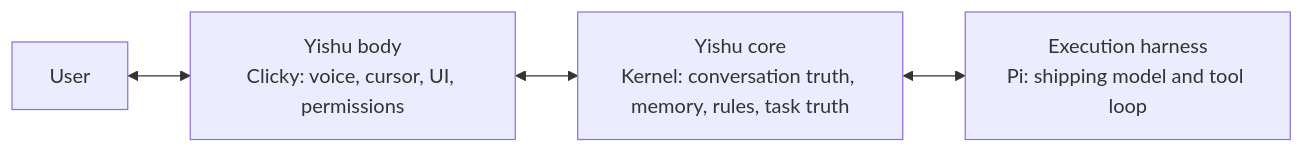
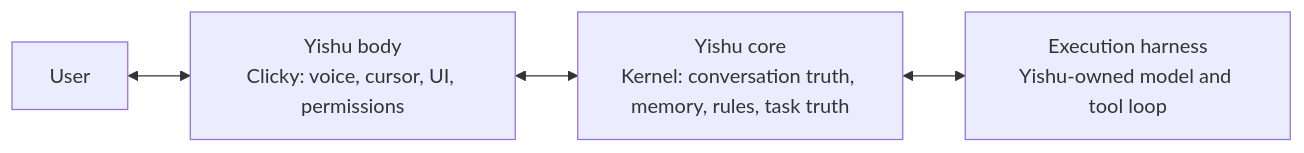
One commit to yishu-ziyu/yishu changed the diagram in docs/architecture.md. Above: the diagram before and after it, drawn with Mermaid. The commit also changed other lines of this file and 115 other files, not shown here.

````diff
--- a/docs/architecture.md
+++ b/docs/architecture.md
@@ -62,6 +62,6 @@
 ```mermaid
 flowchart LR
   U["User"] <--> B["Yishu body<br/>Clicky: voice, cursor, UI, permissions"]
   B <--> K["Yishu core<br/>Kernel: conversation truth, memory, rules, task truth"]
-  K <--> E["Execution harness<br/>Pi: shipping model and tool loop"]
+  K <--> E["Execution harness<br/>Yishu-owned model and tool loop"]
 ```
````
